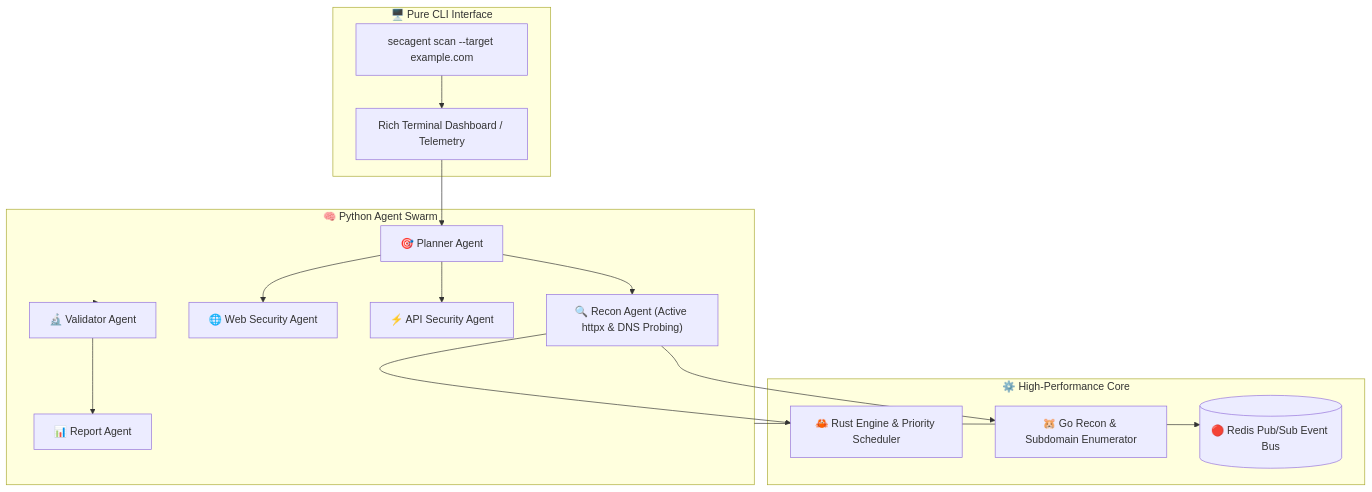
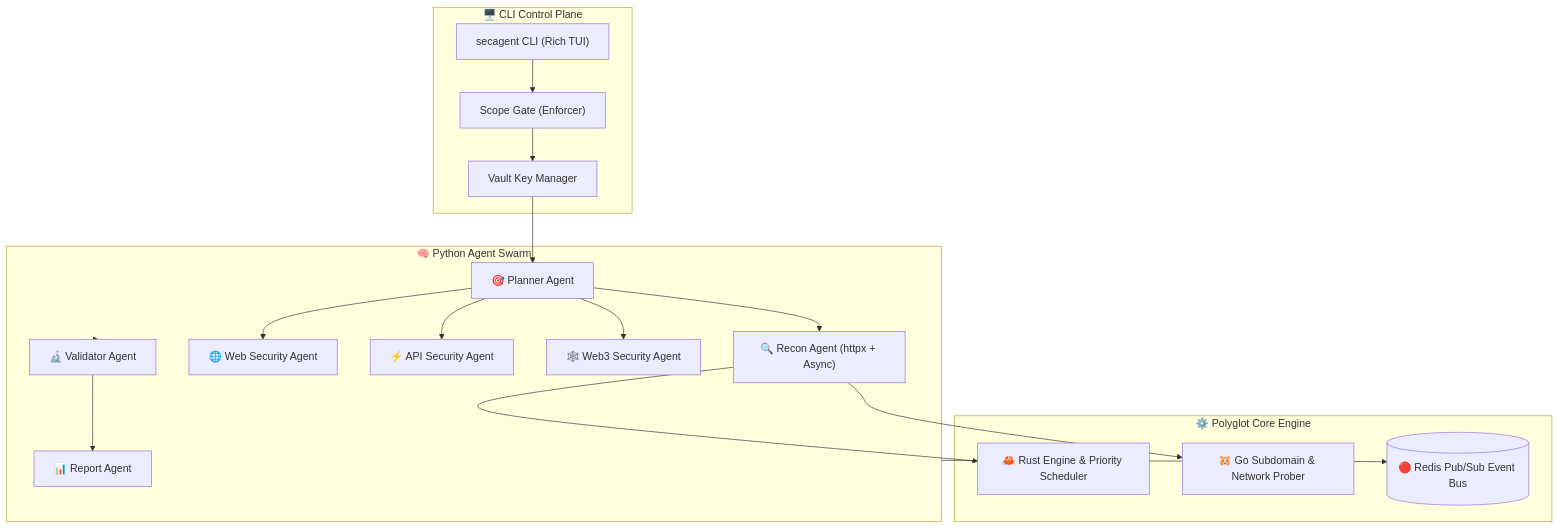
The first of 4 diagrams in README.md (gl1tch0x1/cog-ai), drawn with Mermaid before and after one commit. The commit also changed other lines of this file, not shown here.

First line of the commit message:
docs(readme): expand README with comprehensive system architecture, polyglot Mermaid diagrams, and detailed CLI guide

````diff
--- a/README.md
+++ b/README.md
@@ -81,33 +109,37 @@
 ```mermaid
 graph TB
-    subgraph CLI["🖥️ Pure CLI Interface"]
-        CMD["`secagent scan --target example.com`"]
-        TUI["Rich Terminal Dashboard / Telemetry"]
+    subgraph CLI_LAYER["🖥️ CLI Control Plane"]
+        CLI["secagent CLI (Rich TUI)"]
+        SCOPE["Scope Gate (Enforcer)"]
+        VAULT["Vault Key Manager"]
     end
 
-    subgraph SWARM["🧠 Python Agent Swarm"]
+    subgraph SWARM_LAYER["🧠 Python Agent Swarm"]
         PLANNER["🎯 Planner Agent"]
-        RECON["🔍 Recon Agent (Active httpx & DNS Probing)"]
+        RECON["🔍 Recon Agent (httpx + Async)"]
         WEB["🌐 Web Security Agent"]
-        API_AGENT["⚡ API Security Agent"]
+        API["⚡ API Security Agent"]
+        WEB3["🕸️ Web3 Security Agent"]
         VALIDATOR["🔬 Validator Agent"]
         REPORTER["📊 Report Agent"]
     end
 
-    subgraph ENGINE["⚙️ High-Performance Core"]
+    subgraph ENGINE_LAYER["⚙️ Polyglot Core Engine"]
         RUST["🦀 Rust Engine & Priority Scheduler"]
-        GO["🐹 Go Recon & Subdomain Enumerator"]
+        GO["🐹 Go Subdomain & Network Prober"]
         REDIS[("🔴 Redis Pub/Sub Event Bus")]
     end
 
-    CMD --> TUI
-    TUI --> PLANNER
+    CLI --> SCOPE
+    SCOPE --> VAULT
+    VAULT --> PLANNER
     PLANNER --> RECON
     PLANNER --> WEB
-    PLANNER --> API_AGENT
+    PLANNER --> API
+    PLANNER --> WEB3
     RECON --> GO
     RECON --> RUST
-    SWARM --> REDIS
-    SWARM --> VALIDATOR
+    SWARM_LAYER --> REDIS
+    SWARM_LAYER --> VALIDATOR
     VALIDATOR --> REPORTER
 ```
````
